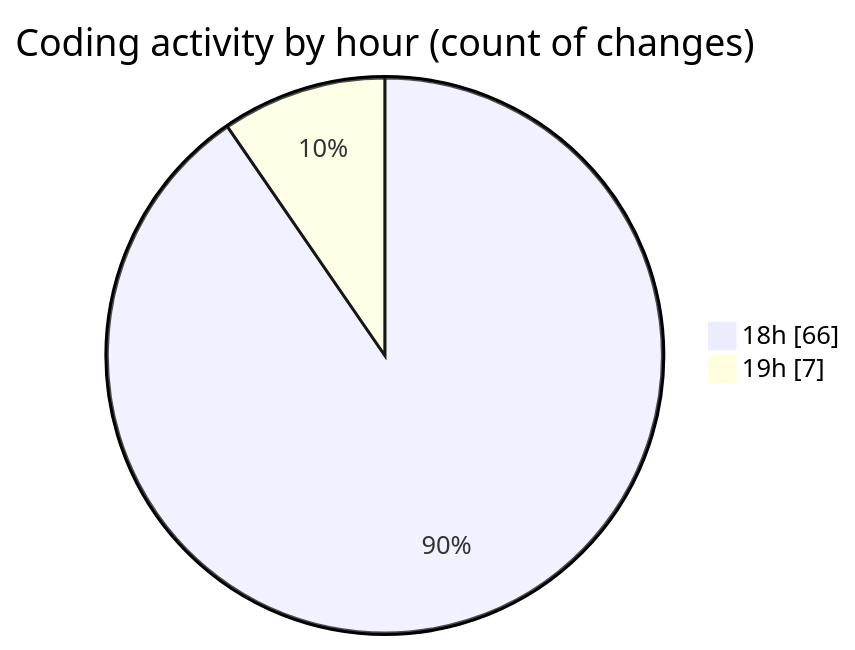
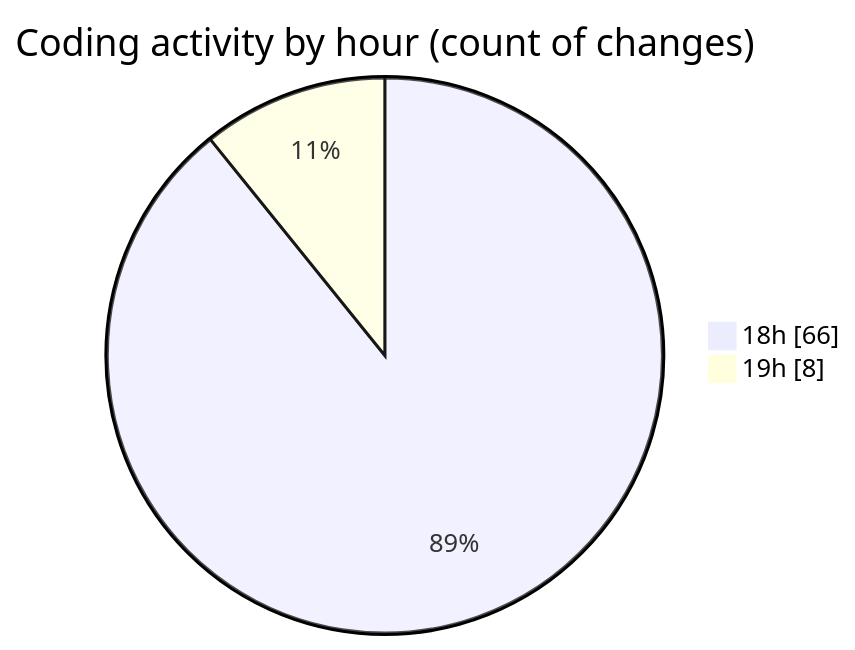
The second of 2 diagrams in 2025-07-16/mern-workoutboard/README.md (Ritupan-Deka/code-tracking), drawn with Mermaid before and after one commit. The commit also changed other lines of this file and 1 other file, not shown here.

````diff
--- a/2025-07-16/mern-workoutboard/README.md
+++ b/2025-07-16/mern-workoutboard/README.md
@@ -33,6 +33,6 @@
 ```mermaid
 pie showData
 title Coding activity by hour (count of changes)
 "18h" : 66
-"19h" : 7
+"19h" : 8
 ```
````
